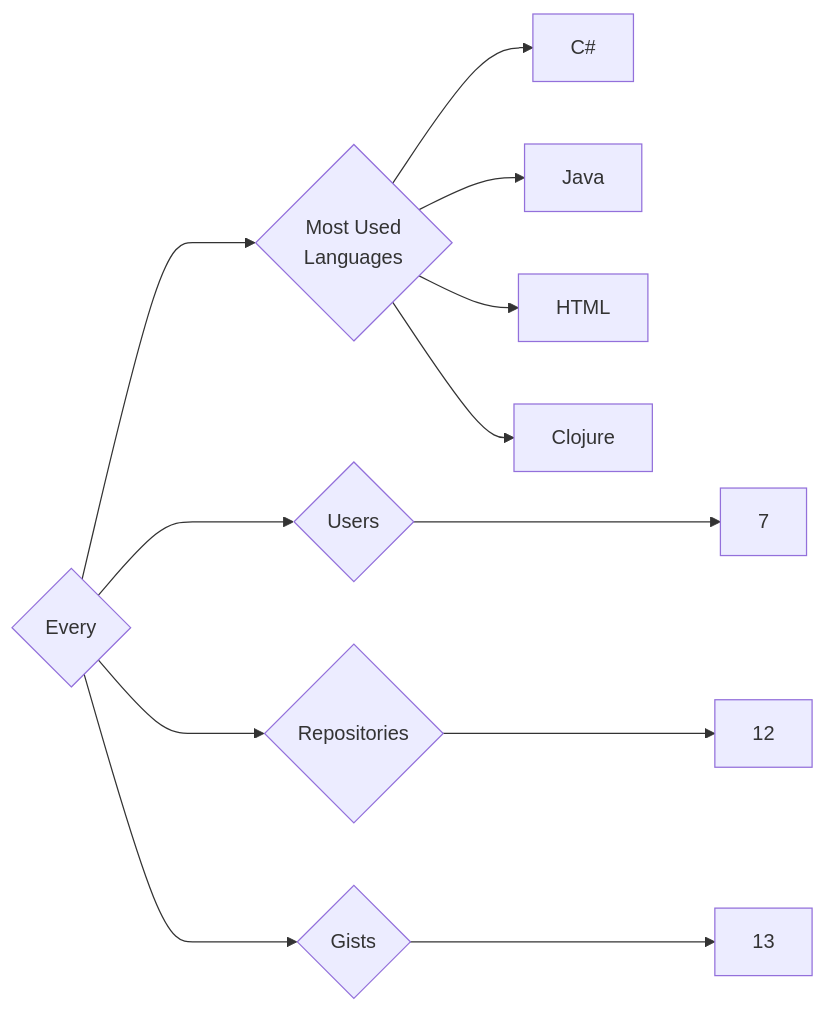
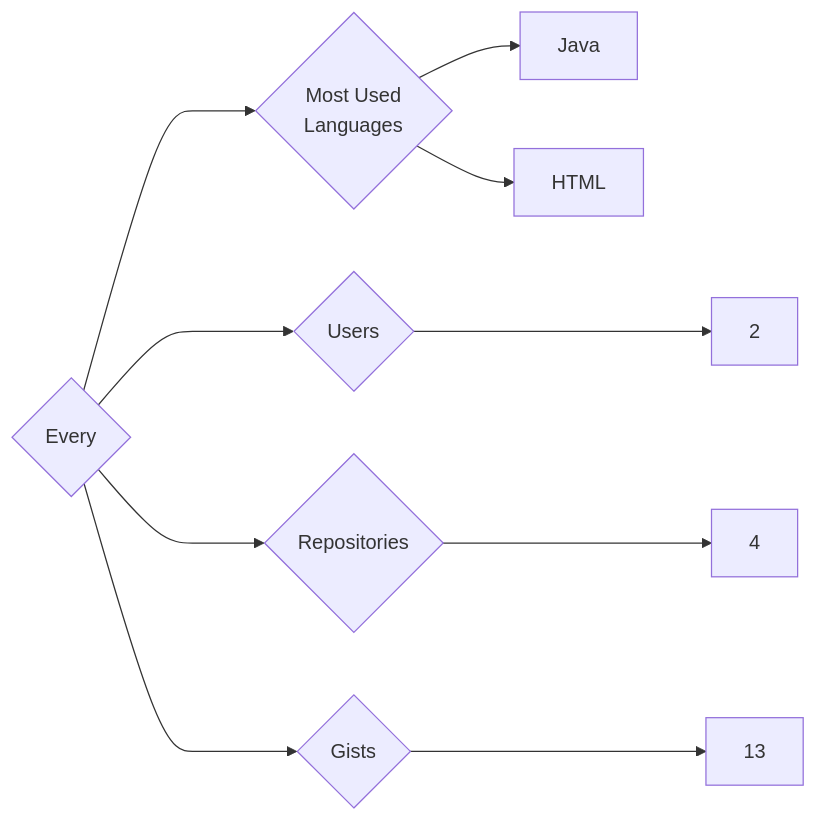
One commit to trickest/insiders changed the diagram in targets/Every/README.md. Above: the diagram before and after it, drawn with Mermaid. The commit also changed 938 other files, not shown here.

````diff
--- a/targets/Every/README.md
+++ b/targets/Every/README.md
@@ -3,12 +3,10 @@
 ```mermaid
 graph LR
 COMPANY_NAME{Every}
-COMPANY_NAME ---> U{Users} ---> UN[7]
-COMPANY_NAME ---> R{Repositories} ---> RN[12]
+COMPANY_NAME ---> U{Users} ---> UN[2]
+COMPANY_NAME ---> R{Repositories} ---> RN[4]
 COMPANY_NAME ---> G{Gists} ---> GN[13]
 COMPANY_NAME ---> ML{Most Used<br>Languages}
-ML --> C#[C#]
 ML --> Java[Java]
 ML --> HTML[HTML]
-ML --> Clojure[Clojure]
 ```
````
